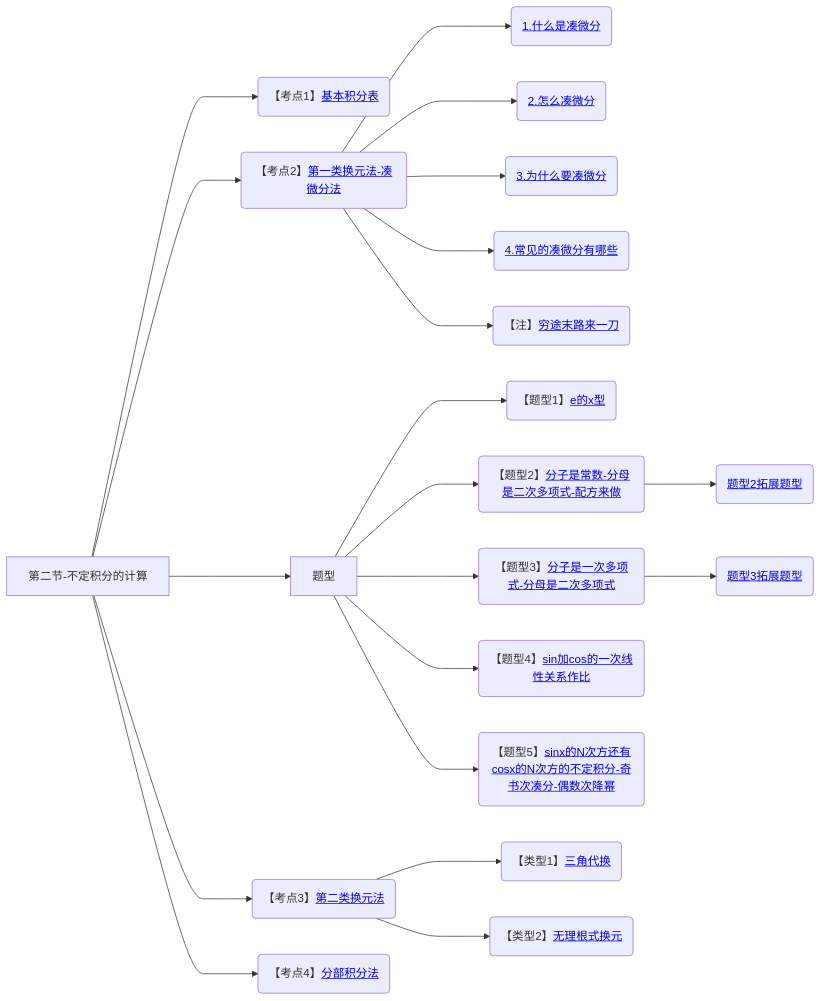
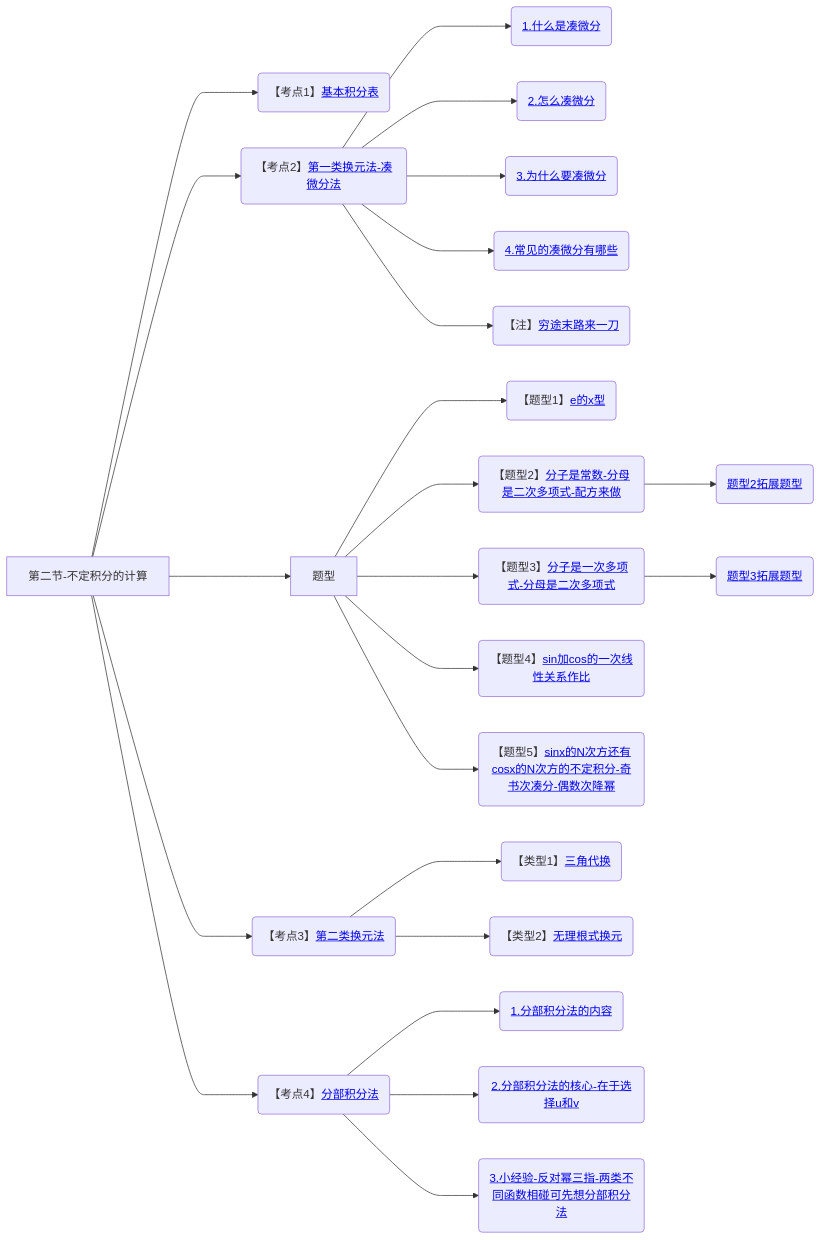
Diagram 18 of 18 in 笔记/数学/周洋鑫/01.基础班思维导图.md (yuebinghui/note), drawn with Mermaid before and after one commit. The commit also changed 5 other files, not shown here.

````diff
--- a/笔记/数学/周洋鑫/01.基础班思维导图.md
+++ b/笔记/数学/周洋鑫/01.基础班思维导图.md
@@ -625,29 +625,32 @@
 ```mermaid
 graph LR
 第二节-不定积分的计算
 
 第二节-不定积分的计算--->基本积分表(【考点1】<a href="/Users/yuebinghui/Documents/program/github/note/笔记/数学/周洋鑫/基础班/18.不定积分_1.md#基本积分表">基本积分表</>)
 
 第二节-不定积分的计算--->第一类换元法-凑微分法(【考点2】<a href="/Users/yuebinghui/Documents/program/github/note/笔记/数学/周洋鑫/基础班/18.不定积分_1.md#第一类换元法-凑微分法">第一类换元法-凑微分法</>)
 第一类换元法-凑微分法--->1.什么是凑微分(<a href="/Users/yuebinghui/Documents/program/github/note/笔记/数学/周洋鑫/基础班/18.不定积分_1.md#1.什么是凑微分">1.什么是凑微分</>)
 第一类换元法-凑微分法--->2.怎么凑微分(<a href="/Users/yuebinghui/Documents/program/github/note/笔记/数学/周洋鑫/基础班/18.不定积分_1.md#2.怎么凑微分">2.怎么凑微分</>)
 第一类换元法-凑微分法--->3.为什么要凑微分(<a href="/Users/yuebinghui/Documents/program/github/note/笔记/数学/周洋鑫/基础班/18.不定积分_1.md#3.为什么要凑微分">3.为什么要凑微分</>)
 第一类换元法-凑微分法--->4.常见的凑微分有哪些(<a href="/Users/yuebinghui/Documents/program/github/note/笔记/数学/周洋鑫/基础班/18.不定积分_1.md#4.常见的凑微分有哪些">4.常见的凑微分有哪些</>)
 第一类换元法-凑微分法--->穷途末路来一刀(【注】<a href="/Users/yuebinghui/Documents/program/github/note/笔记/数学/周洋鑫/基础班/18.不定积分_1.md#穷途末路来一刀">穷途末路来一刀</>)
 
 第二节-不定积分的计算--->题型
 题型--->e的x型(【题型1】<a href="/Users/yuebinghui/Documents/program/github/note/笔记/数学/周洋鑫/基础班/18.不定积分_1.md#e的x型">e的x型</>)
 题型--->分子是常数-分母是二次多项式-配方来做(【题型2】<a href="/Users/yuebinghui/Documents/program/github/note/笔记/数学/周洋鑫/基础班/19.不定积分_2.md#分子是常数-分母是二次多项式-配方来做">分子是常数-分母是二次多项式-配方来做</>)
 分子是常数-分母是二次多项式-配方来做--->题型2拓展题型(<a href="/Users/yuebinghui/Documents/program/github/note/笔记/数学/周洋鑫/基础班/19.不定积分_2.md#题型2拓展题型">题型2拓展题型</>)
 题型--->分子是一次多项式-分母是二次多项式(【题型3】<a href="/Users/yuebinghui/Documents/program/github/note/笔记/数学/周洋鑫/基础班/19.不定积分_2.md#分子是一次多项式-分母是二次多项式">分子是一次多项式-分母是二次多项式</>)
 分子是一次多项式-分母是二次多项式--->题型3拓展题型(<a href="/Users/yuebinghui/Documents/program/github/note/笔记/数学/周洋鑫/基础班/19.不定积分_2.md#题型3拓展题型">题型3拓展题型</>)
 题型--->sin加cos的一次线性关系作比(【题型4】<a href="/Users/yuebinghui/Documents/program/github/note/笔记/数学/周洋鑫/基础班/19.不定积分_2.md#sin加cos的一次线性关系作比">sin加cos的一次线性关系作比</>)
 题型--->sinx的N次方还有cosx的N次方的不定积分-奇书次凑分-偶数次降幂(【题型5】<a href="/Users/yuebinghui/Documents/program/github/note/笔记/数学/周洋鑫/基础班/19.不定积分_2.md#sinx的N次方还有cosx的N次方的不定积分-奇书次凑分-偶数次降幂">sinx的N次方还有cosx的N次方的不定积分-奇书次凑分-偶数次降幂</>)
 
 第二节-不定积分的计算--->第二类换元法(【考点3】<a href="/Users/yuebinghui/Documents/program/github/note/笔记/数学/周洋鑫/基础班/19.不定积分_2.md#第二类换元法">第二类换元法</>)
 第二类换元法--->三角代换(【类型1】<a href="/Users/yuebinghui/Documents/program/github/note/笔记/数学/周洋鑫/基础班/19.不定积分_2.md#三角代换">三角代换</>)
 第二类换元法--->无理根式换元(【类型2】<a href="/Users/yuebinghui/Documents/program/github/note/笔记/数学/周洋鑫/基础班/19.不定积分_2.md#无理根式换元">无理根式换元</>)
 
 第二节-不定积分的计算--->分部积分法(【考点4】<a href="/Users/yuebinghui/Documents/program/github/note/笔记/数学/周洋鑫/基础班/19.不定积分_2.md#分部积分法">分部积分法</>)
+分部积分法--->1.分部积分法的内容(<a href="/Users/yuebinghui/Documents/program/github/note/笔记/数学/周洋鑫/基础班/19.不定积分_2.md#1.分部积分法的内容">1.分部积分法的内容</>)
+分部积分法--->2.分部积分法的核心-在于选择u和v(<a href="/Users/yuebinghui/Documents/program/github/note/笔记/数学/周洋鑫/基础班/19.不定积分_2.md#2.分部积分法的核心-在于选择u和v">2.分部积分法的核心-在于选择u和v</>)
+分部积分法--->3.小经验-反对幂三指-两类不同函数相碰可先想分部积分法(<a href="/Users/yuebinghui/Documents/program/github/note/笔记/数学/周洋鑫/基础班/19.不定积分_2.md#3.小经验-反对幂三指-两类不同函数相碰可先想分部积分法">3.小经验-反对幂三指-两类不同函数相碰可先想分部积分法</>)
 
 ```
````
